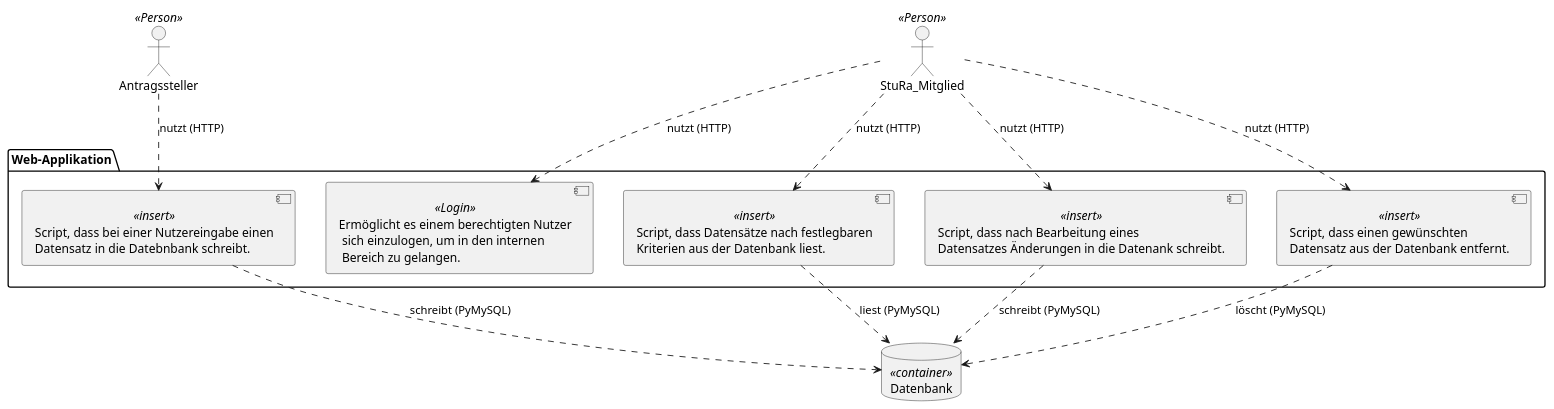
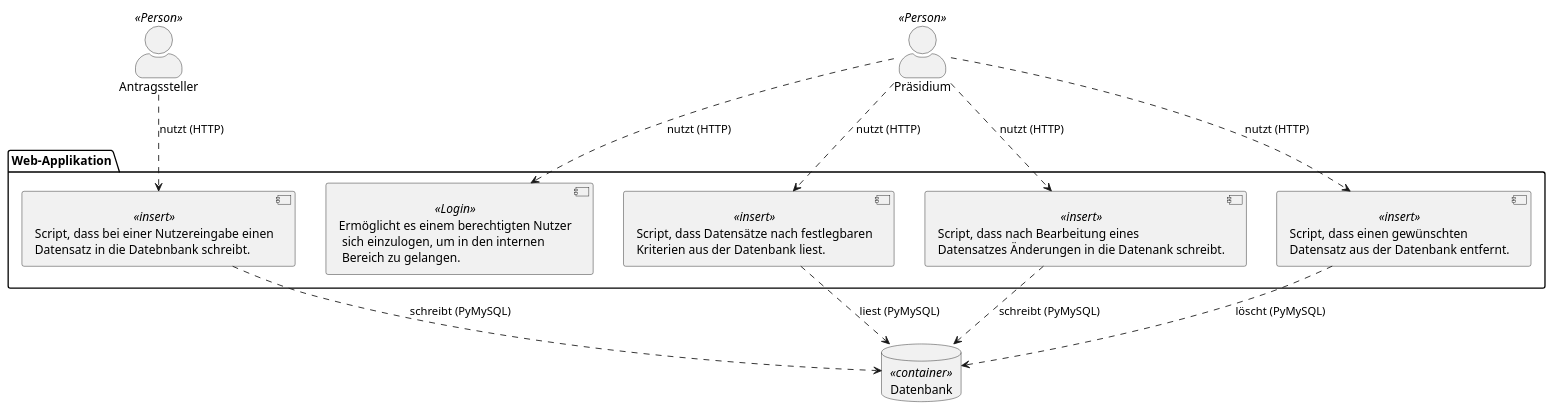
The diagram in docs/development/diagrams/c4_l3_webapp.puml (EdLaser/I3_Antragsverwaltungstool), drawn with PlantUML before and after one commit. The commit also changed 2 other files, not shown here.

```diff
--- a/docs/development/diagrams/c4_l3_webapp.puml
+++ b/docs/development/diagrams/c4_l3_webapp.puml
@@ -1,44 +1,46 @@
 @startuml "Level 3 - Component"
 
+skinparam actorStyle awesome
+
 actor Antragssteller <<Person>>
-actor StuRa_Mitglied <<Person>>
+actor Präsidium <<Person>>
 
 folder "Web-Applikation" {
    component insert_script <<insert>> [
         Script, dass bei einer Nutzereingabe einen
         Datensatz in die Datebnbank schreibt.
     ] 
     component login_controller <<Login>> [
         Ermöglicht es einem berechtigten Nutzer
          sich einzulogen, um in den internen
          Bereich zu gelangen.
     ]
     component select_script <<insert>> [
         Script, dass Datensätze nach festlegbaren
         Kriterien aus der Datenbank liest.
     ]
     component update_script <<insert>> [
         Script, dass nach Bearbeitung eines 
         Datensatzes Änderungen in die Datenank schreibt.
     ]
     component delete_script <<insert>> [
         Script, dass einen gewünschten
         Datensatz aus der Datenbank entfernt.
     ]
 }
 
 database Datenbank <<container>>
 
 Antragssteller ..> insert_script : nutzt (HTTP)
 
-StuRa_Mitglied ..> login_controller : nutzt (HTTP)
-StuRa_Mitglied ..> update_script : nutzt (HTTP)
-StuRa_Mitglied ..> select_script : nutzt (HTTP)
-StuRa_Mitglied ..> delete_script : nutzt (HTTP)
+Präsidium ..> login_controller : nutzt (HTTP)
+Präsidium ..> update_script : nutzt (HTTP)
+Präsidium ..> select_script : nutzt (HTTP)
+Präsidium ..> delete_script : nutzt (HTTP)
 
 update_script ..> Datenbank : schreibt (PyMySQL)
 insert_script ..> Datenbank : schreibt (PyMySQL)
 select_script ..> Datenbank : liest (PyMySQL)
 delete_script ..> Datenbank : löscht (PyMySQL)
 
 @enduml
```
